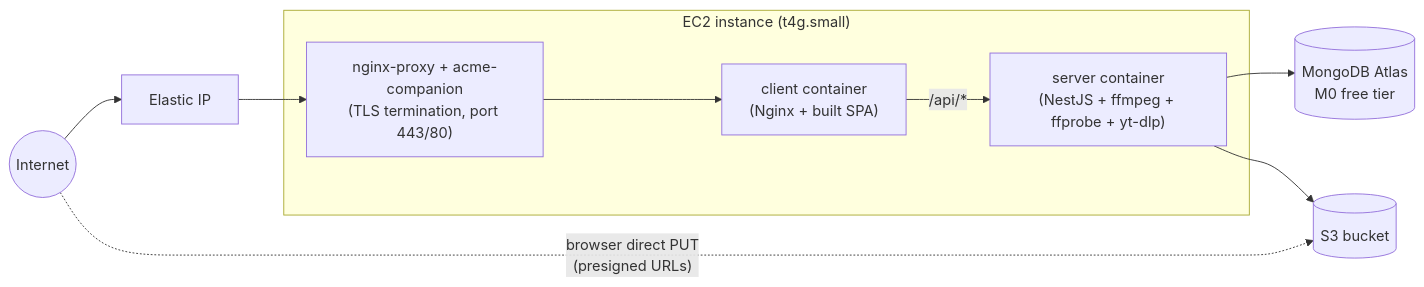
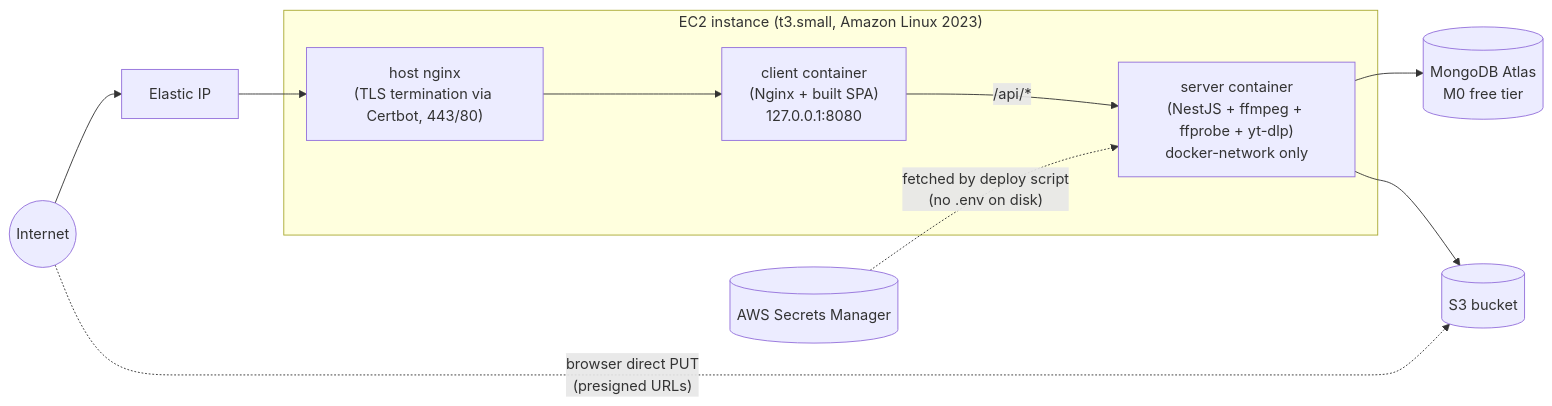
One commit to Lakshya-Saini/Music-Streaming-App changed the diagram in docs/v1/deployment/DEPLOYMENT_GUIDE.md. Above: the diagram before and after it, drawn with Mermaid. The commit also changed other lines of this file and 1 other file, not shown here.

Commit message:
feat: update deployment documentation to include AWS Secrets Manager for runtime configuration and adjust cost estimates

````diff
--- a/docs/v1/deployment/DEPLOYMENT_GUIDE.md
+++ b/docs/v1/deployment/DEPLOYMENT_GUIDE.md
@@ -7,21 +7,23 @@
 ```mermaid
 flowchart LR
     Internet(("Internet"))
     EIP["Elastic IP"]
 
-    subgraph "EC2 instance (t4g.small)"
-        TLS["nginx-proxy + acme-companion\n(TLS termination, port 443/80)"]
-        CLIENT["client container\n(Nginx + built SPA)"]
-        SERVER["server container\n(NestJS + ffmpeg + ffprobe + yt-dlp)"]
-        TLS --> CLIENT
+    subgraph "EC2 instance (t3.small, Amazon Linux 2023)"
+        NGINX["host nginx\n(TLS termination via Certbot, 443/80)"]
+        CLIENT["client container\n(Nginx + built SPA)\n127.0.0.1:8080"]
+        SERVER["server container\n(NestJS + ffmpeg + ffprobe + yt-dlp)\ndocker-network only"]
+        NGINX --> CLIENT
         CLIENT -- "/api/*" --> SERVER
     end
 
+    SM[("AWS Secrets Manager")]
     ATLAS[("MongoDB Atlas\nM0 free tier")]
     S3[("S3 bucket")]
 
-    Internet --> EIP --> TLS
+    Internet --> EIP --> NGINX
+    SM -. "fetched by deploy script\n(no .env on disk)" .-> SERVER
     SERVER --> ATLAS
     SERVER --> S3
     Internet -. "browser direct PUT\n(presigned URLs)" .-> S3
 ```
````
